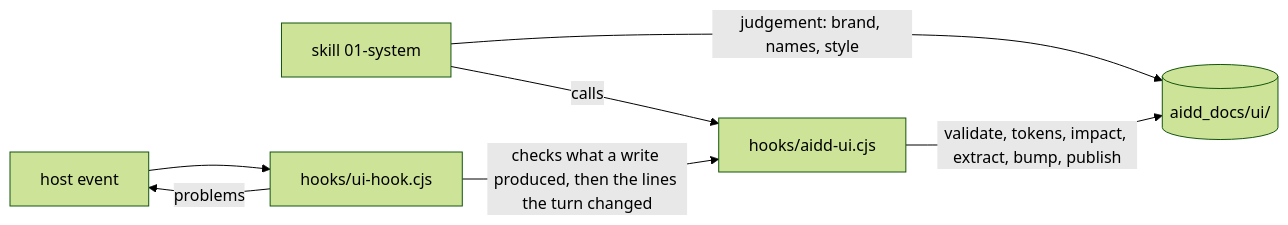
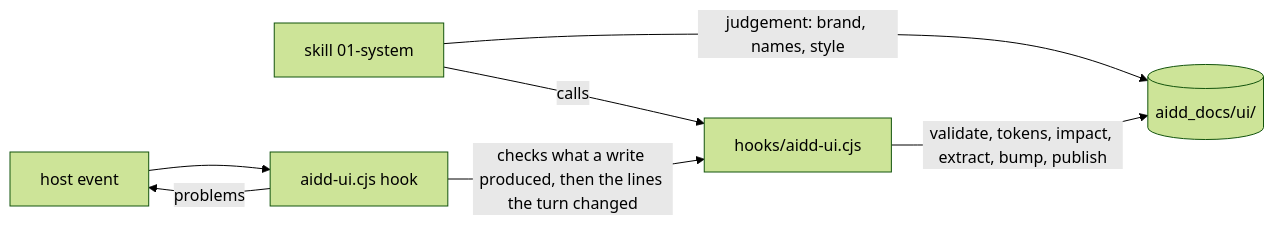
The diagram in plugins/aidd-ui/README.md (ai-driven-dev/framework), drawn with Mermaid (forest theme) before and after one commit. The commit also changed 6 other files, not shown here.

First line of the commit message:
refactor(aidd-ui): run the hook as the engine's hook command

````diff
--- a/plugins/aidd-ui/README.md
+++ b/plugins/aidd-ui/README.md
@@ -20,9 +20,9 @@
 ```mermaid
 flowchart LR
   Skill["skill 01-system"] -->|"judgement: brand, names, style"| Docs[("aidd_docs/ui/")]
   Skill -->|"calls"| Engine["hooks/aidd-ui.cjs"]
   Engine -->|"validate, tokens, impact, extract, bump, publish"| Docs
-  Host["host event"] --> Hook["hooks/ui-hook.cjs"]
+  Host["host event"] --> Hook["aidd-ui.cjs hook"]
   Hook -->|"checks what a write produced, then the lines the turn changed"| Engine
   Hook -->|"problems"| Host
 ```
````
